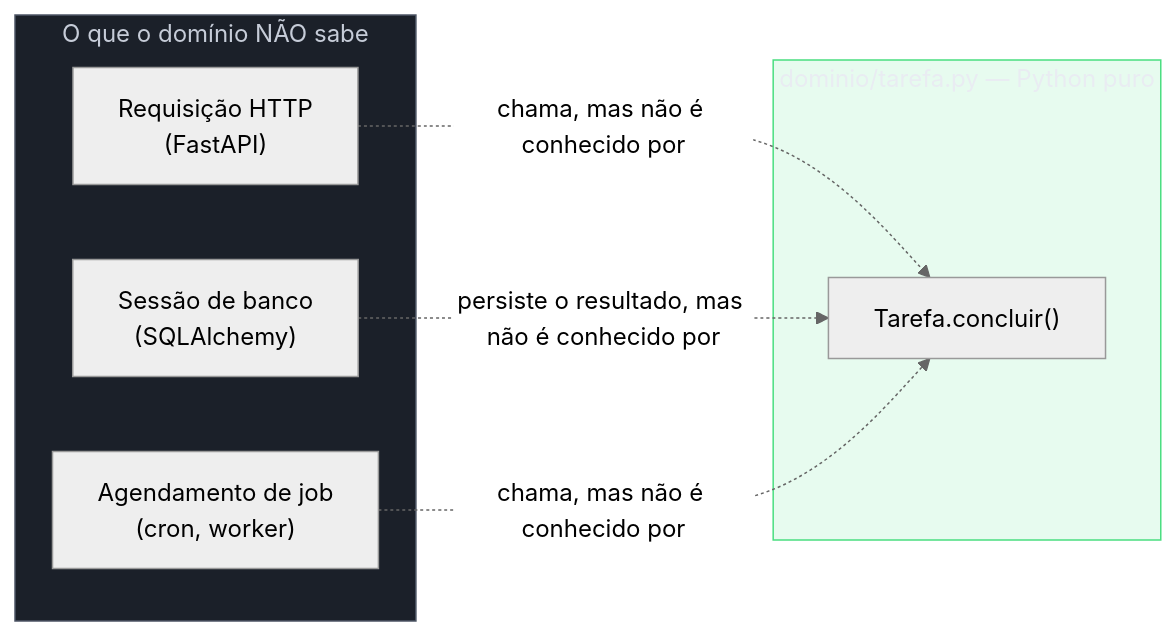
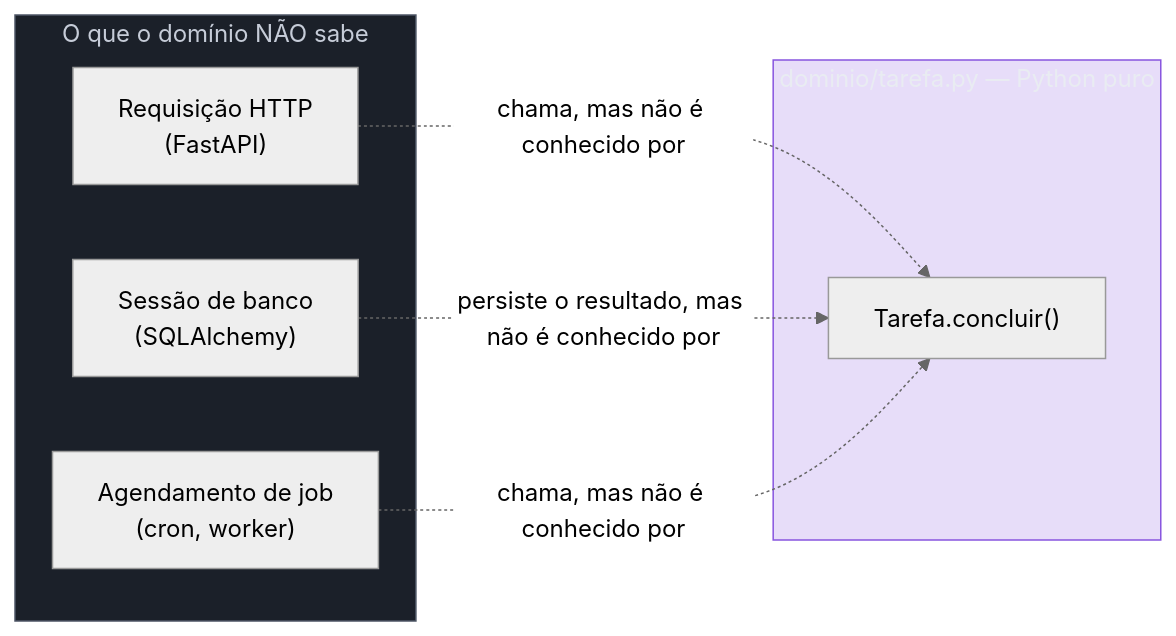
One commit to josenaldo/codex-technomanticus changed the first of 2 diagrams in 03-Dominios/Tecnologia/Python/Arquitetura e Design Patterns/02 - Domain modeling — separando a lógica de negócio do framework.md. Above: the diagram before and after it, drawn with Mermaid (neutral theme). The commit also changed other lines of this file and 601 other files, not shown here.

````diff
--- a/03-Dominios/Tecnologia/Python/Arquitetura e Design Patterns/02 - Domain modeling — separando a lógica de negócio do framework.md
+++ b/03-Dominios/Tecnologia/Python/Arquitetura e Design Patterns/02 - Domain modeling — separando a lógica de negócio do framework.md
@@ -126,21 +126,21 @@
 ```mermaid
 flowchart LR
-    classDef ok fill:#4ADE8021,stroke:#4ADE80,color:#E9ECF2
+    classDef marca fill:#8855DF33,stroke:#8855DF,color:#E9ECF2
     classDef neutro fill:#1B2029,stroke:#4E5666,color:#C6CCD8
     subgraph Fora["O que o domínio NÃO sabe"]
         HTTP["Requisição HTTP\n(FastAPI)"]
         DB["Sessão de banco\n(SQLAlchemy)"]
         JOB["Agendamento de job\n(cron, worker)"]
     end
 
     subgraph Dominio["dominio/tarefa.py — Python puro"]
         TAREFA["Tarefa.concluir()"]
     end
 
     HTTP -.->|"chama, mas não é conhecido por"| TAREFA
     DB -.->|"persiste o resultado, mas não é conhecido por"| TAREFA
     JOB -.->|"chama, mas não é conhecido por"| TAREFA
 
-    class Dominio ok
+    class Dominio marca
     class Fora neutro
 ```
````
